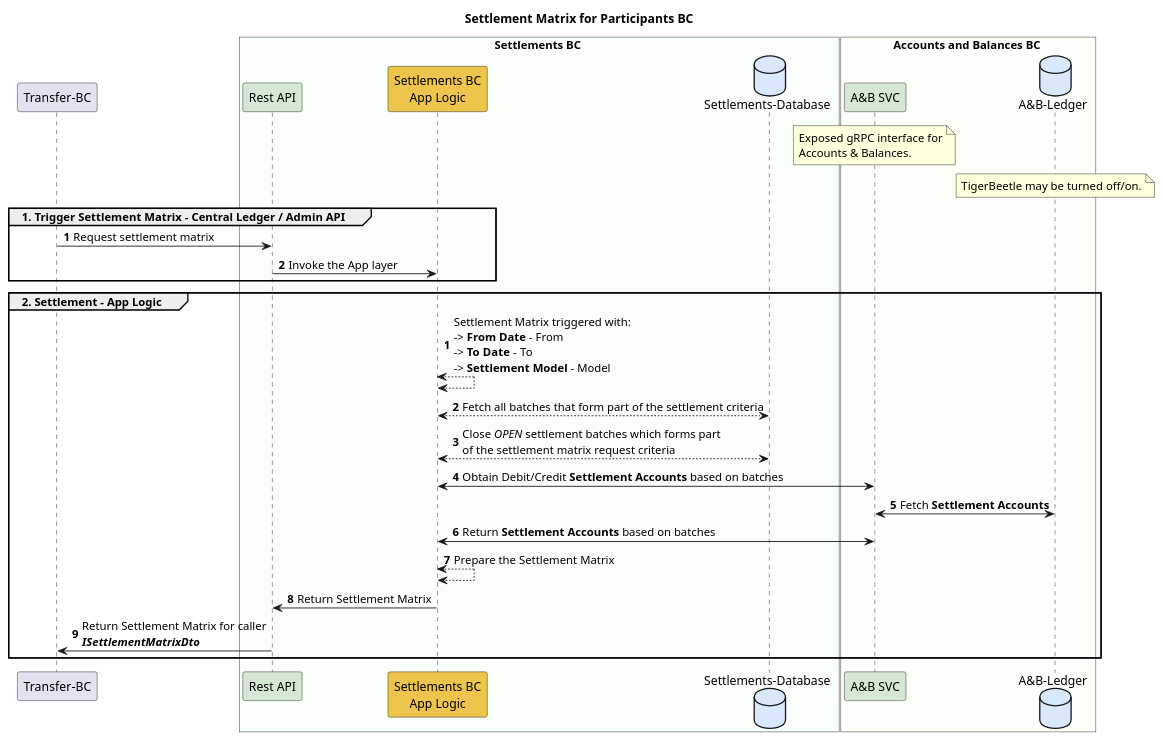
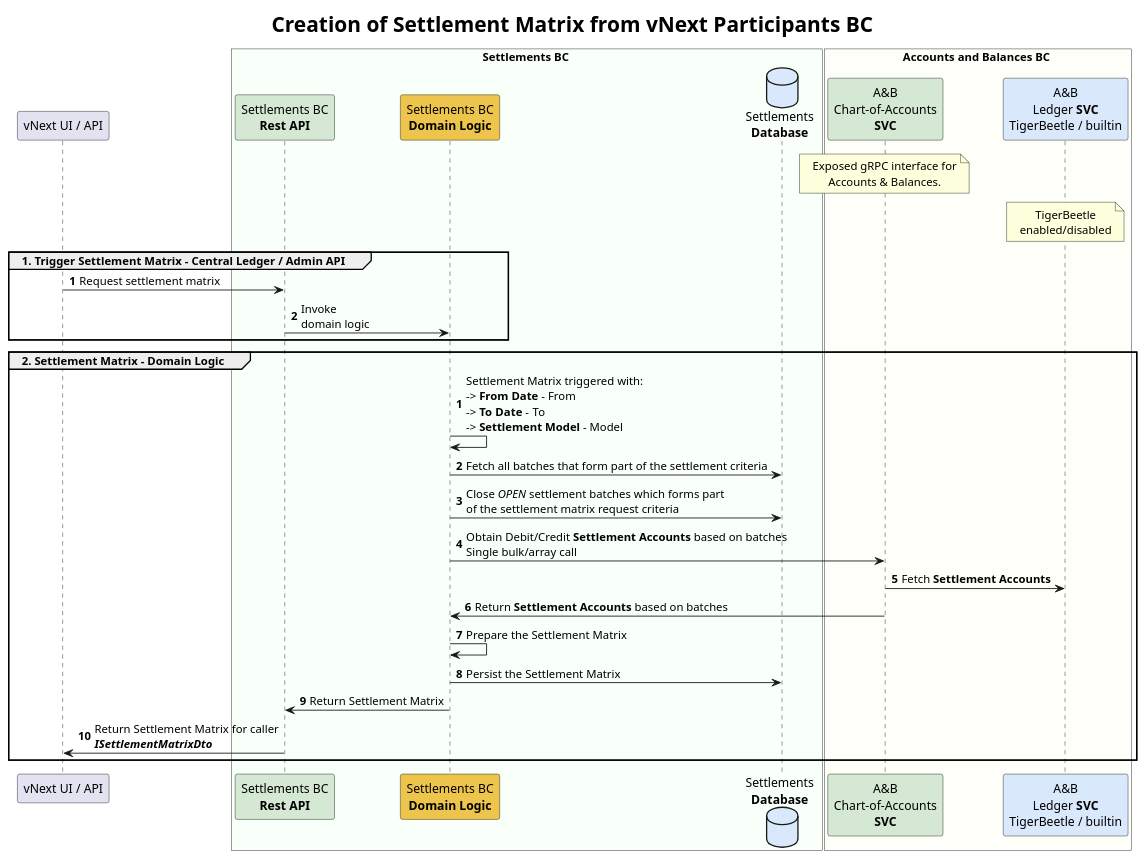
Before and after one commit to mojaloop/settlements-bc: the diagram in docs/flows/02-settlement-matrix-bc.puml, drawn with PlantUML. The commit also changed 4 other files, not shown here.

Commit message:
Made some edits to the vNext specific plantuml flows and related readme

```diff
--- a/docs/flows/02-settlement-matrix-bc.puml
+++ b/docs/flows/02-settlement-matrix-bc.puml
@@ -1,44 +1,55 @@
 @startuml
+<style>
+title {
+  FontSize 24
+}
+</style>
 
-title Settlement Matrix for Participants BC
+skinparam defaultTextAlignment center
+skinparam sequenceMessageAlign left
 
-participant "Transfer-BC" as ext_transfers_bc
+title Creation of Settlement Matrix from vNext Participants BC
+
+
+participant "vNext UI / API" as ext_transfers_bc
 
 box Settlements BC #F9FFF9
-	participant "Rest API" as sbc_rest #D5E8D4
-	participant "Settlements BC\nApp Logic" as sbc_app_logic #EDC54D
-	database "Settlements-Database" as sbc_db #DAE8FC
+	participant "Settlements BC\n**Rest API**" as sbc_rest #D5E8D4
+	participant "Settlements BC\n**Domain Logic**" as sbc_app_logic #EDC54D
+	database "Settlements\n**Database**" as sbc_db #DAE8FC
 end box
 
 box Accounts and Balances BC #FFFFF9
-    participant "A&B SVC" as abbc_grpc #D5E8D4
-    database "A&B-Ledger" as abbc_tigerbeetle #DAE8FC
+    participant "A&B\nChart-of-Accounts\n**SVC**" as abbc_grpc #D5E8D4
+    participant "A&B\nLedger **SVC**\nTigerBeetle / builtin" as abbc_tigerbeetle #DAE8FC
     note over abbc_grpc
         Exposed gRPC interface for
         Accounts & Balances.
     end note
     note over abbc_tigerbeetle
-        TigerBeetle may be turned off/on.
+		TigerBeetle
+		enabled/disabled
     end note
 end box
 
 group 1. Trigger Settlement Matrix - Central Ledger / Admin API
 autonumber
     ext_transfers_bc -> sbc_rest : Request settlement matrix
-    sbc_rest -> sbc_app_logic : Invoke the App layer
+    sbc_rest -> sbc_app_logic : Invoke\ndomain logic
 end
 
-group 2. Settlement - App Logic
+group 2. Settlement Matrix - Domain Logic
 autonumber
-    sbc_app_logic <--> sbc_app_logic: Settlement Matrix triggered with:\n-> **From Date** - From\n-> **To Date** - To\n-> **Settlement Model** - Model
-    sbc_app_logic <--> sbc_db : Fetch all batches that form part of the settlement criteria
-    sbc_app_logic <--> sbc_db : Close //OPEN// settlement batches which forms part \nof the settlement matrix request criteria
-    sbc_app_logic <-> abbc_grpc : Obtain Debit/Credit **Settlement Accounts** based on batches
-    abbc_grpc <-> abbc_tigerbeetle: Fetch **Settlement Accounts**
-    abbc_grpc <-> sbc_app_logic : Return **Settlement Accounts** based on batches
-    sbc_app_logic <--> sbc_app_logic : Prepare the Settlement Matrix
+    sbc_app_logic -> sbc_app_logic: Settlement Matrix triggered with:\n-> **From Date** - From\n-> **To Date** - To\n-> **Settlement Model** - Model
+    sbc_app_logic -> sbc_db : Fetch all batches that form part of the settlement criteria
+    sbc_app_logic -> sbc_db : Close //OPEN// settlement batches which forms part \nof the settlement matrix request criteria
+    sbc_app_logic -> abbc_grpc : Obtain Debit/Credit **Settlement Accounts** based on batches\nSingle bulk/array call
+    abbc_grpc -> abbc_tigerbeetle: Fetch **Settlement Accounts**
+    abbc_grpc -> sbc_app_logic : Return **Settlement Accounts** based on batches
+    sbc_app_logic -> sbc_app_logic : Prepare the Settlement Matrix
+    sbc_app_logic -> sbc_db : Persist the Settlement Matrix
     sbc_app_logic -> sbc_rest : Return Settlement Matrix
     sbc_rest -> ext_transfers_bc : Return Settlement Matrix for caller\n**//ISettlementMatrixDto//**
 end
 
 @enduml
```
